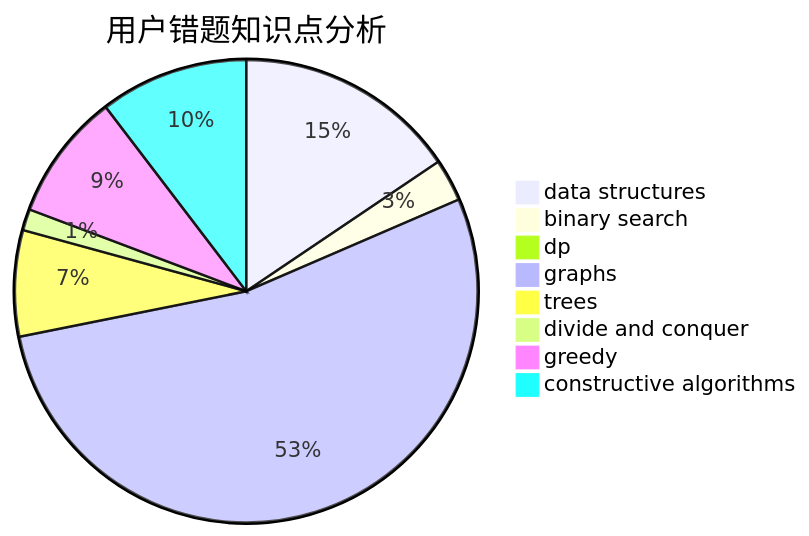
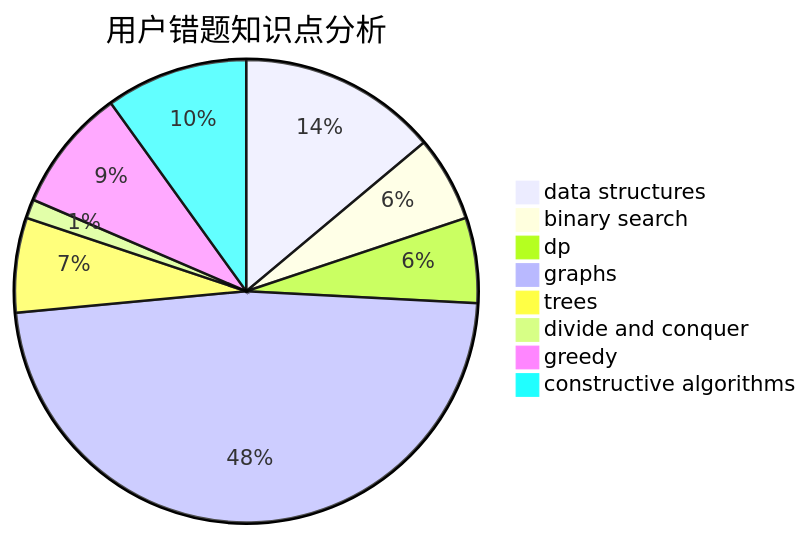
The third of 3 diagrams in docs/user/u996.md (sherpahu/cfrs.github.io), drawn with Mermaid before and after one commit. The commit also changed other lines of this file and 2770 other files, not shown here.

````diff
--- a/docs/user/u996.md
+++ b/docs/user/u996.md
@@ -36,11 +36,11 @@
 ```mermaid
 pie title 用户错题知识点分析
     "data structures" :  21
-    "binary search" :  4
-    "dp" :  1
+    "binary search" :  9
+    "dp" :  9
     "graphs" :  72
     "trees" :  10
     "divide and conquer" :  2
-    "greedy" :  12
-    "constructive algorithms" :  14
+    "greedy" :  13
+    "constructive algorithms" :  15
 ```
````
